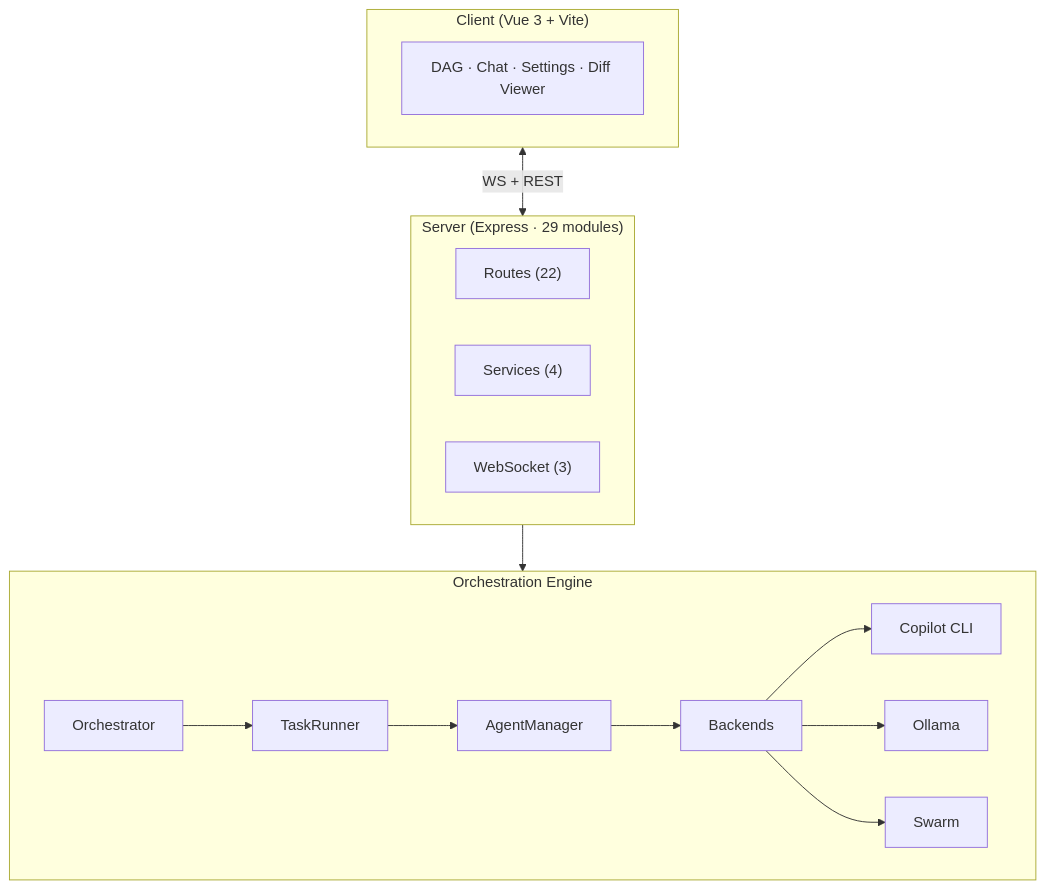
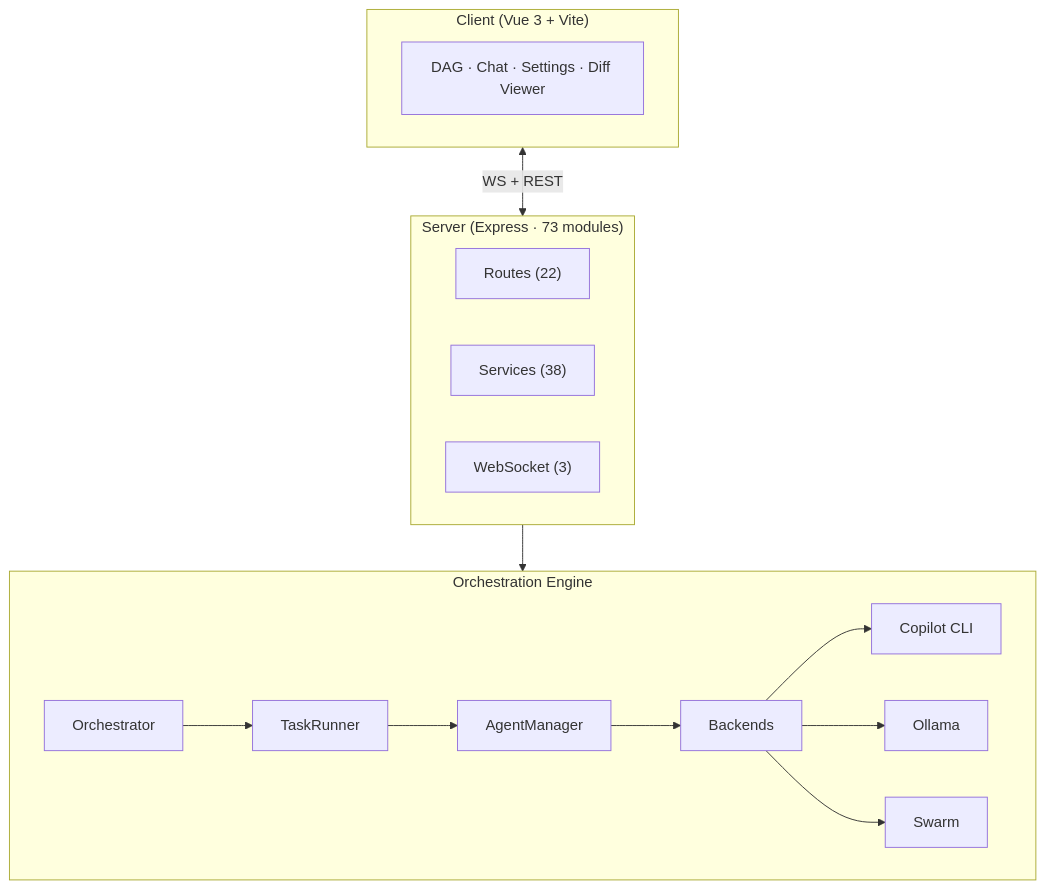
One commit to MrUnreal/hAIvemind changed the third of 3 diagrams in README.md. Above: the diagram before and after it, drawn with Mermaid. The commit also changed other lines of this file and 1 other file, not shown here.

````diff
--- a/README.md
+++ b/README.md
@@ -115,25 +115,25 @@
 ```mermaid
 graph TB
   subgraph Client["Client (Vue 3 + Vite)"]
     UI["DAG · Chat · Settings · Diff Viewer"]
   end
 
-  subgraph Server["Server (Express · 29 modules)"]
+  subgraph Server["Server (Express · 73 modules)"]
     direction LR
     R["Routes (22)"]
-    S["Services (4)"]
+    S["Services (38)"]
     WS["WebSocket (3)"]
   end
 
   subgraph Engine["Orchestration Engine"]
     ORC["Orchestrator"] --> TK["TaskRunner"]
     TK --> AM["AgentManager"]
     AM --> BE["Backends"]
     BE --> CP["Copilot CLI"]
     BE --> OL["Ollama"]
     BE --> SW["Swarm"]
   end
 
   Client <-->|"WS + REST"| Server
   Server --> Engine
 ```
````
